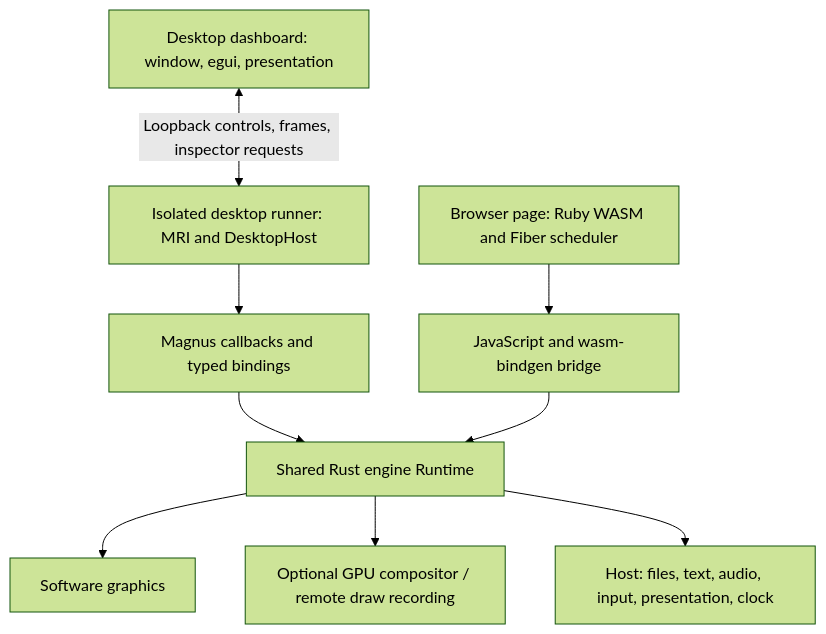
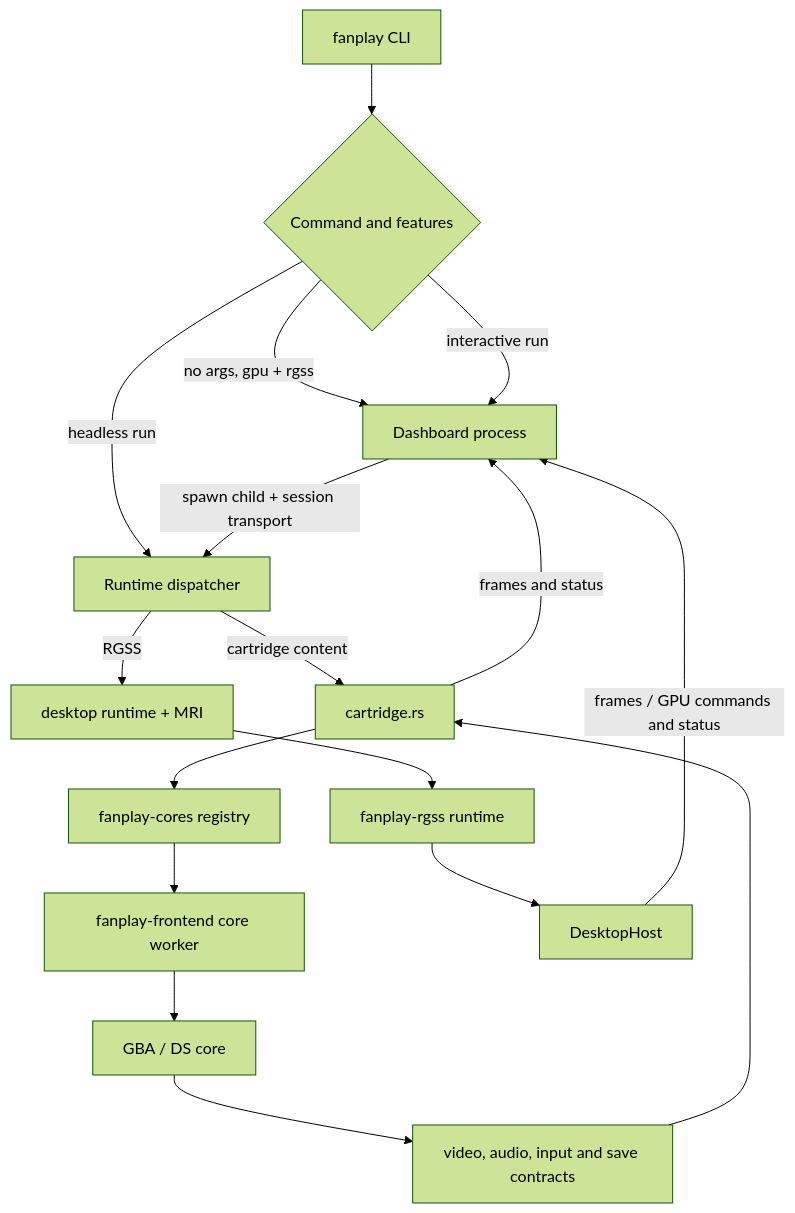
Before and after one commit to Rucadi/rsxp: the first of 2 diagrams in docs/architecture.md, drawn with Mermaid (forest theme). The commit also changed other lines of this file and 650 other files, not shown here.

````diff
--- a/docs/architecture.md
+++ b/docs/architecture.md
@@ -10,11 +34,19 @@
 ```mermaid
 flowchart TD
-    Dashboard[Desktop dashboard: window, egui, presentation] <-->|Loopback controls, frames, inspector requests| Runner[Isolated desktop runner: MRI and DesktopHost]
-    Runner --> Magnus[Magnus callbacks and typed bindings]
-    Page[Browser page: Ruby WASM and Fiber scheduler] --> Bridge[JavaScript and wasm-bindgen bridge]
-    Magnus --> Engine[Shared Rust engine Runtime]
-    Bridge --> Engine
-    Engine --> CPU[Software graphics]
-    Engine --> GPU[Optional GPU compositor / remote draw recording]
-    Engine --> Host[Host: files, text, audio, input, presentation, clock]
+    CLI[fanplay CLI] --> Dispatch{Command and features}
+    Dispatch -->|no args, gpu + rgss| Dashboard[Dashboard process]
+    Dispatch -->|interactive run| Dashboard
+    Dispatch -->|headless run| Runner[Runtime dispatcher]
+    Dashboard -->|spawn child + session transport| Runner
+    Runner -->|cartridge content| Cartridge[cartridge.rs]
+    Cartridge --> Catalog[fanplay-cores registry]
+    Catalog --> Worker[fanplay-frontend core worker]
+    Worker --> Core[GBA / DS core]
+    Runner -->|RGSS| NativeRGSS[desktop runtime + MRI]
+    NativeRGSS --> Engine[fanplay-rgss runtime]
+    Core --> Media[video, audio, input and save contracts]
+    Media --> Cartridge
+    Engine --> Host[DesktopHost]
+    Cartridge -->|frames and status| Dashboard
+    Host -->|frames / GPU commands and status| Dashboard
 ```
````
